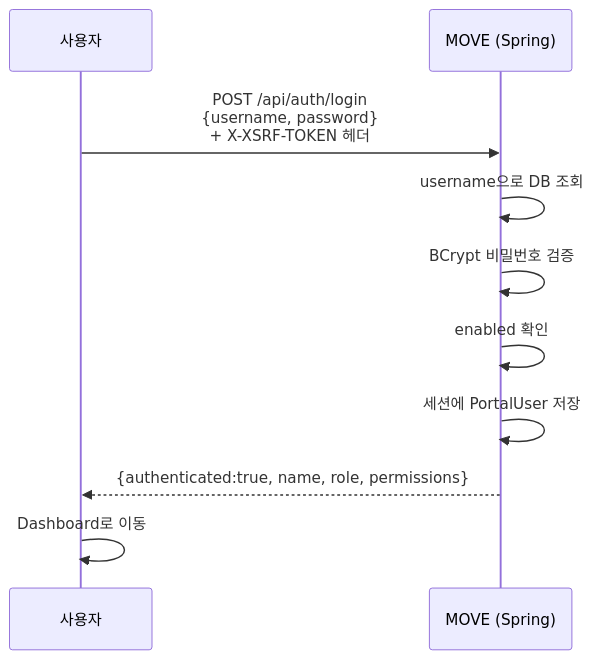
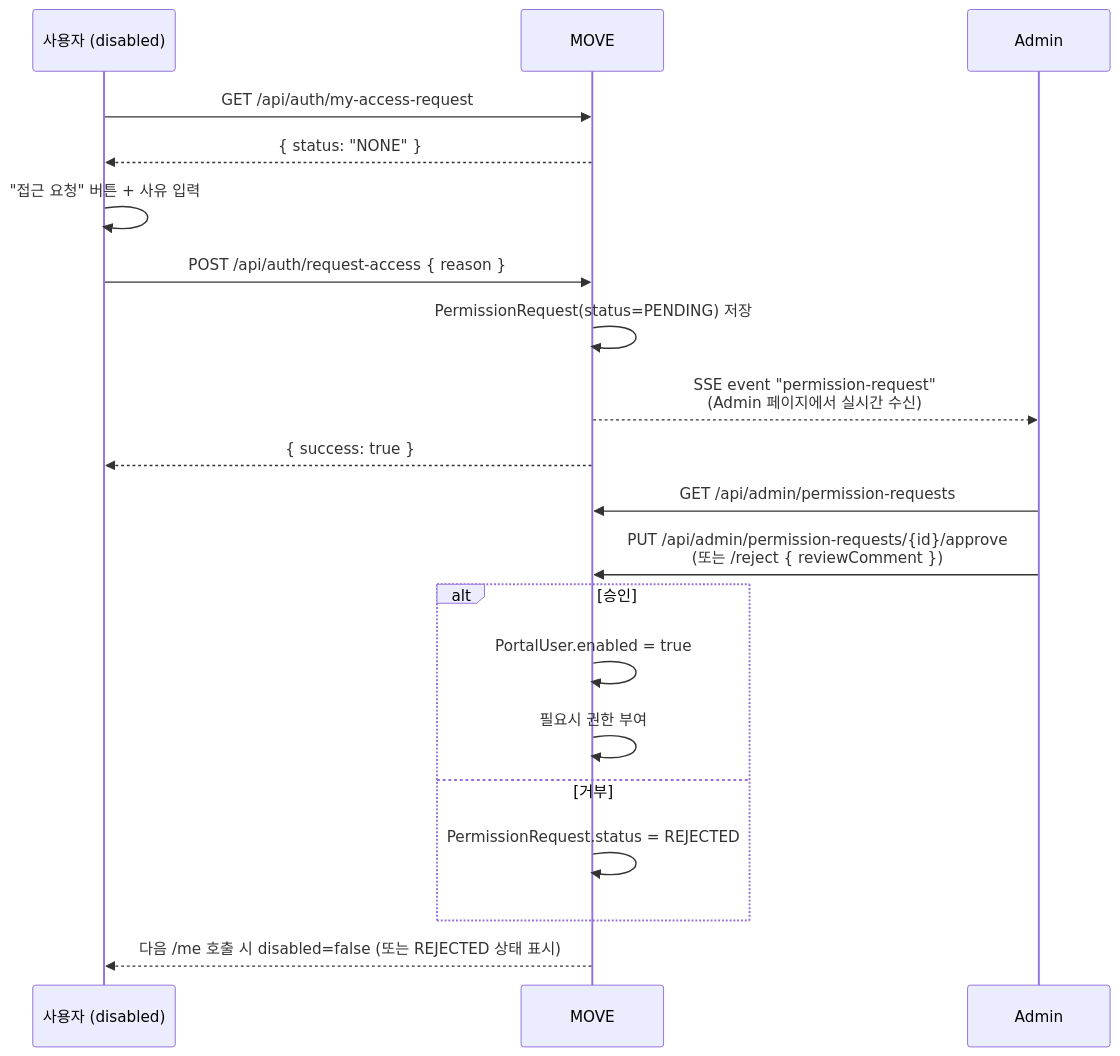
The second of 2 diagrams in src/content/docs/architecture/authentication.md (kakaromo/kakaromo.github.io), drawn with Mermaid before and after one commit. The commit also changed other lines of this file and 1 other file, not shown here.

First line of the commit message:
docs: 인증/권한 문서 최신화 — disabled 게이트 + 접근 요청 플로우

````diff
--- a/src/content/docs/architecture/authentication.md
+++ b/src/content/docs/architecture/authentication.md
@@ -221,13 +243,25 @@
 ```mermaid
 sequenceDiagram
-    participant U as 사용자
-    participant P as MOVE (Spring)
+    participant U as 사용자 (disabled)
+    participant P as MOVE
+    participant A as Admin
 
-    U->>P: POST /api/auth/login<br/>{username, password}<br/>+ X-XSRF-TOKEN 헤더
-    P->>P: username으로 DB 조회
-    P->>P: BCrypt 비밀번호 검증
-    P->>P: enabled 확인
-    P->>P: 세션에 PortalUser 저장
-    P-->>U: {authenticated:true, name, role, permissions}
-    U->>U: Dashboard로 이동
+    U->>P: GET /api/auth/my-access-request
+    P-->>U: { status: "NONE" }
+
+    U->>U: "접근 요청" 버튼 + 사유 입력
+    U->>P: POST /api/auth/request-access { reason }
+    P->>P: PermissionRequest(status=PENDING) 저장
+    P-->>A: SSE event "permission-request"<br/>(Admin 페이지에서 실시간 수신)
+    P-->>U: { success: true }
+
+    A->>P: GET /api/admin/permission-requests
+    A->>P: PUT /api/admin/permission-requests/{id}/approve<br/>(또는 /reject { reviewComment })
+    alt 승인
+        P->>P: PortalUser.enabled = true
+        P->>P: 필요시 권한 부여
+    else 거부
+        P->>P: PermissionRequest.status = REJECTED
+    end
+    P-->>U: 다음 /me 호출 시 disabled=false (또는 REJECTED 상태 표시)
 ```
````
